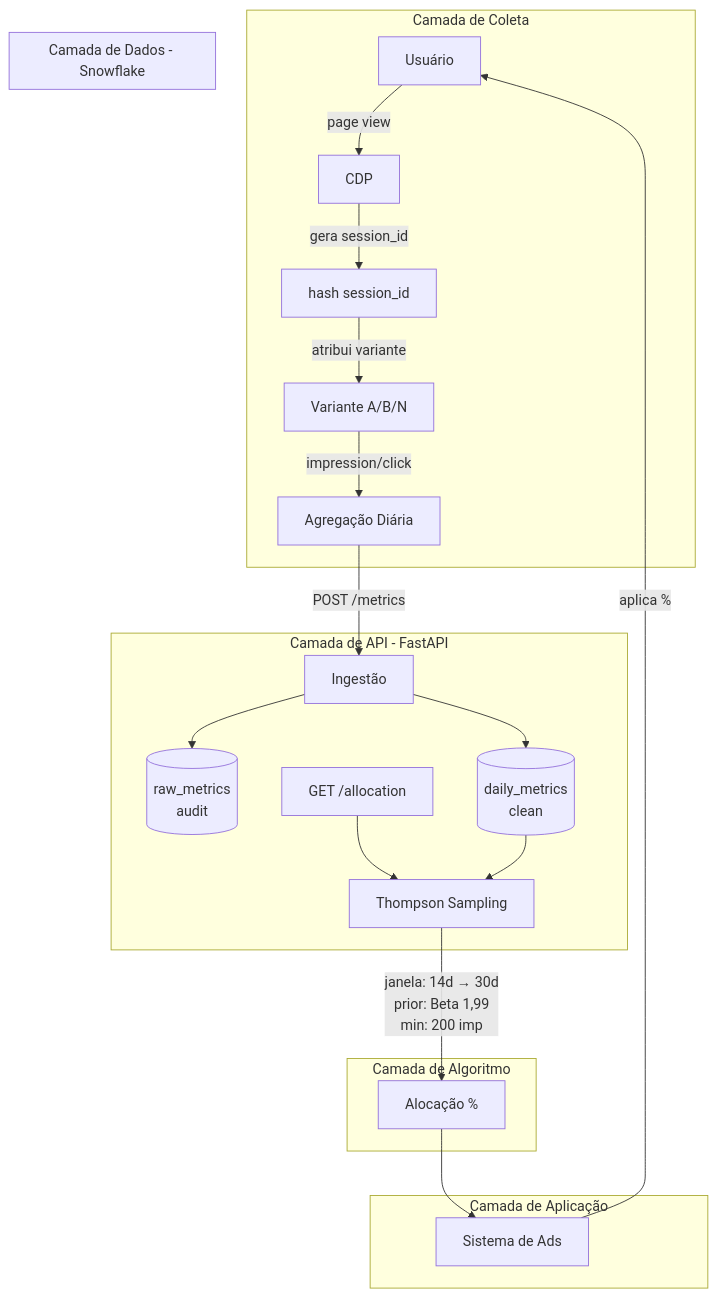
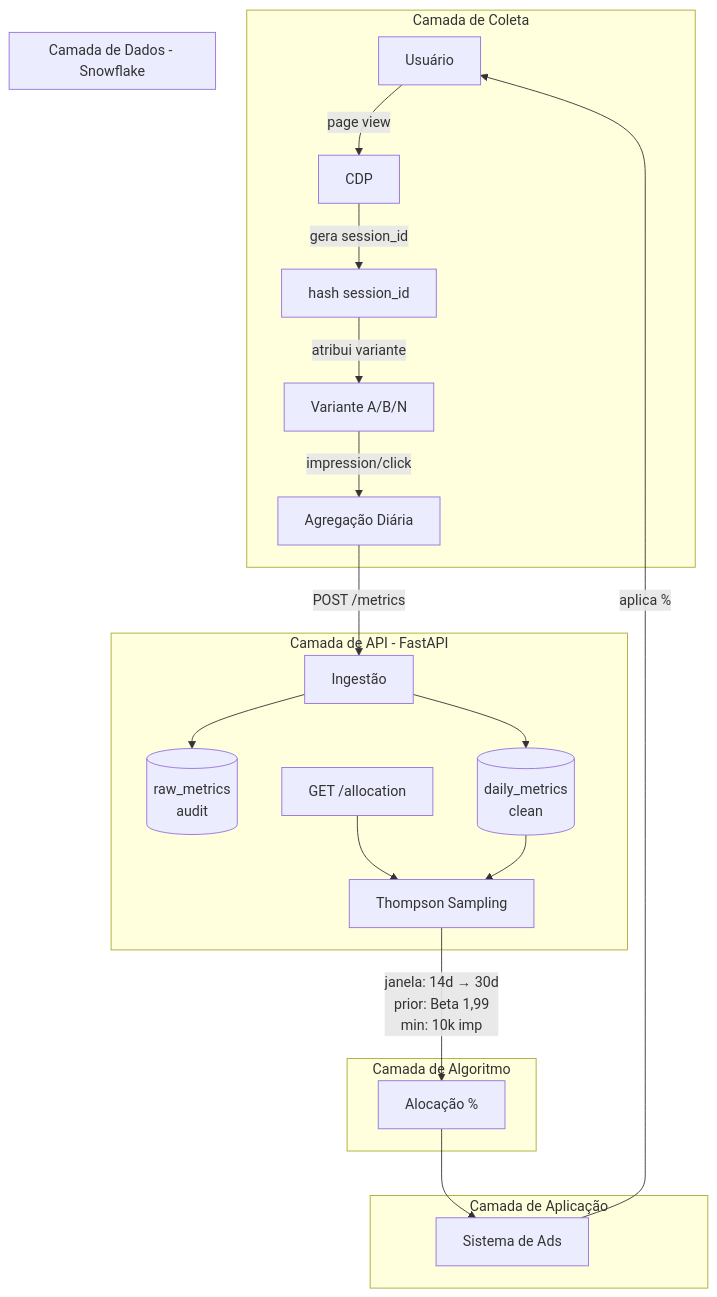
The first of 2 diagrams in mab-api-git/README.md (WillNery/mab-optimization-api), drawn with Mermaid before and after one commit. The commit also changed other lines of this file, not shown here.

````diff
--- a/mab-api-git/README.md
+++ b/mab-api-git/README.md
@@ -29,31 +33,31 @@
 ```mermaid
 flowchart TD
     subgraph Coleta["Camada de Coleta"]
         U[Usuário] -->|page view| CDP[CDP]
         CDP -->|gera session_id| HASH[hash session_id]
         HASH -->|atribui variante| VAR[Variante A/B/N]
         VAR -->|impression/click| AGG[Agregação Diária]
     end
 
     subgraph API["Camada de API - FastAPI"]
         AGG -->|POST /metrics| INGEST[Ingestão]
         INGEST --> RAW[raw_metrics]
         INGEST --> DAILY[daily_metrics]
         ALLOC[GET /allocation] --> TS
     end
 
     subgraph Storage["Camada de Dados - Snowflake"]
         RAW[(raw_metrics\naudit)]
         DAILY[(daily_metrics\nclean)]
     end
 
     subgraph Algorithm["Camada de Algoritmo"]
         DAILY --> TS[Thompson Sampling]
-        TS -->|"janela: 14d → 30d\nprior: Beta 1,99\nmin: 200 imp"| RESULT[Alocação %]
+        TS -->|"janela: 14d → 30d\nprior: Beta 1,99\nmin: 10k imp"| RESULT[Alocação %]
     end
 
     subgraph Apply["Camada de Aplicação"]
         RESULT --> ADS[Sistema de Ads]
         ADS -->|aplica %| U
     end
 ```
````
